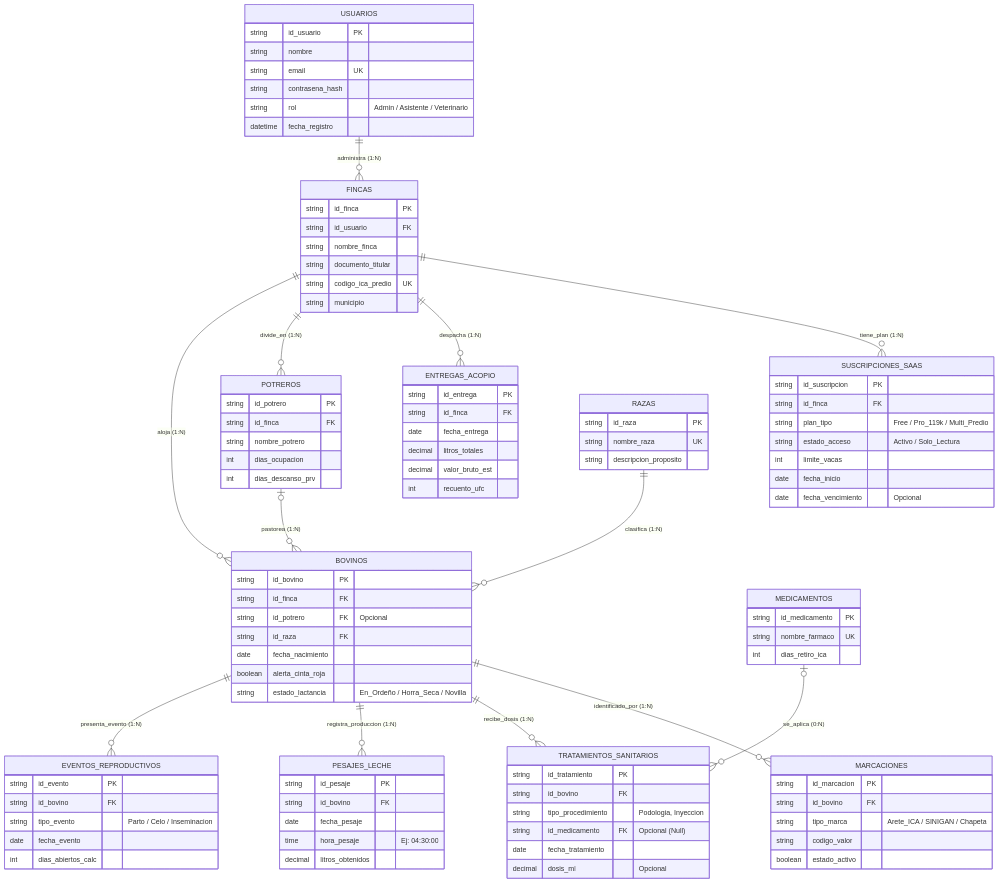
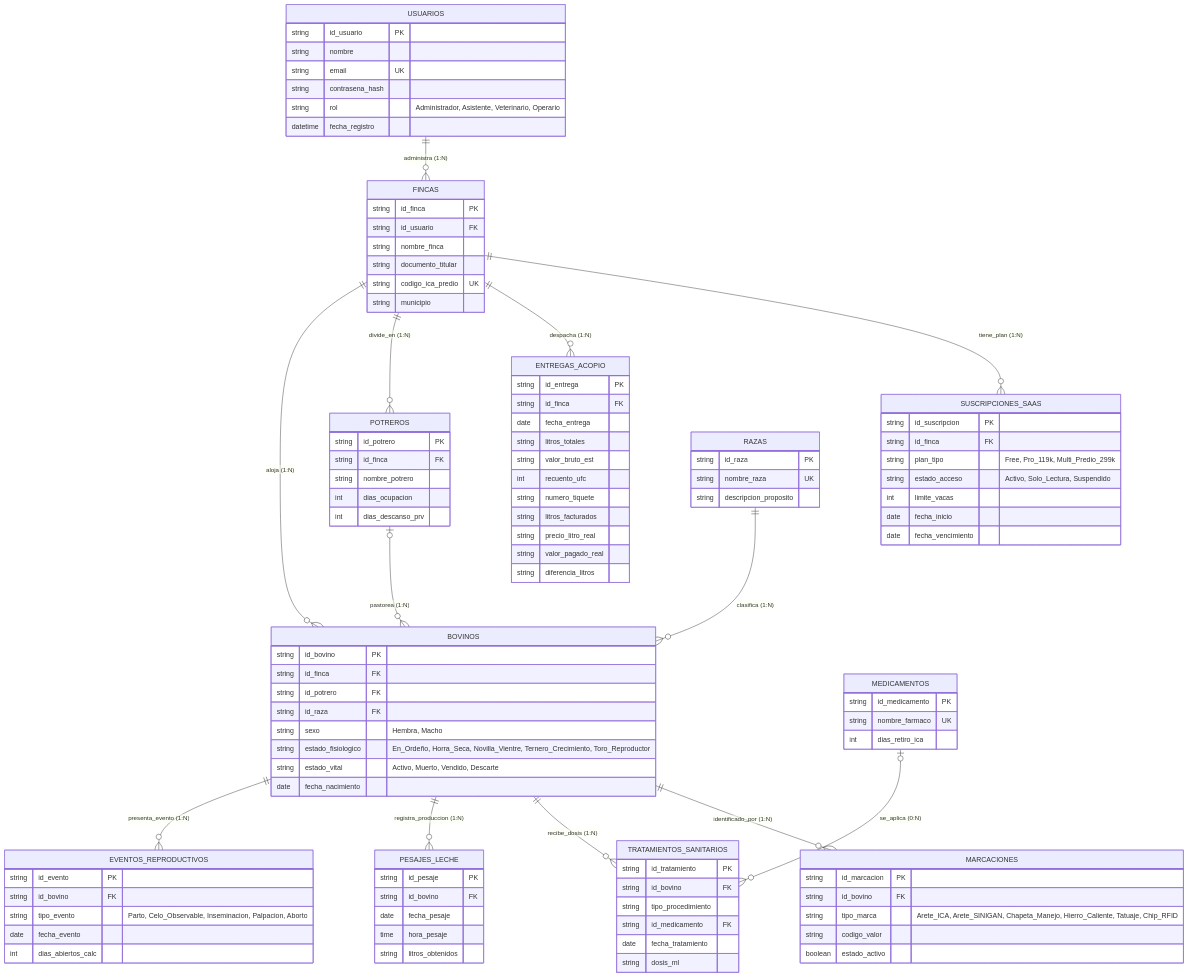
One commit to jeiserlabs/proganado changed the diagram in README.md. Above: the diagram before and after it, drawn with Mermaid. The commit also changed other lines of this file and 29 other files, not shown here.

```diff
--- a/README.md
+++ b/README.md
@@ -105,10 +105,8 @@
     FINCAS ||--o{ ENTREGAS_ACOPIO : "despacha (1:N)"
     FINCAS ||--o{ POTREROS : "divide_en (1:N)"
     FINCAS ||--o{ BOVINOS : "aloja (1:N)"
-    
     RAZAS ||--o{ BOVINOS : "clasifica (1:N)"
     POTREROS |o--o{ BOVINOS : "pastorea (1:N)"
-    
     BOVINOS ||--o{ MARCACIONES : "identificado_por (1:N)"
     BOVINOS ||--o{ TRATAMIENTOS_SANITARIOS : "recibe_dosis (1:N)"
     BOVINOS ||--o{ PESAJES_LECHE : "registra_produccion (1:N)"
@@ -120,10 +118,9 @@
         string nombre
         string email UK
         string contrasena_hash
-        string rol "Admin / Asistente / Veterinario"
+        string rol "Administrador, Asistente, Veterinario, Operario"
         datetime fecha_registro
     }
-
     FINCAS {
         string id_finca PK
         string id_usuario FK
@@ -132,26 +129,28 @@
         string codigo_ica_predio UK
         string municipio
     }
-
     SUSCRIPCIONES_SAAS {
         string id_suscripcion PK
         string id_finca FK
-        string plan_tipo "Free / Pro_119k / Multi_Predio"
-        string estado_acceso "Activo / Solo_Lectura"
+        string plan_tipo "Free, Pro_119k, Multi_Predio_299k"
+        string estado_acceso "Activo, Solo_Lectura, Suspendido"
         int limite_vacas
         date fecha_inicio
-        date fecha_vencimiento "Opcional"
+        date fecha_vencimiento
     }
-
     ENTREGAS_ACOPIO {
         string id_entrega PK
         string id_finca FK
         date fecha_entrega
-        decimal litros_totales
-        decimal valor_bruto_est
+        string litros_totales
+        string valor_bruto_est
         int recuento_ufc
+        string numero_tiquete
+        string litros_facturados
+        string precio_litro_real
+        string valor_pagado_real
+        string diferencia_litros
     }
-
     POTREROS {
         string id_potrero PK
         string id_finca FK
@@ -159,58 +158,52 @@
         int dias_ocupacion
         int dias_descanso_prv
     }
-
     RAZAS {
         string id_raza PK
         string nombre_raza UK
         string descripcion_proposito
     }
-
     BOVINOS {
         string id_bovino PK
         string id_finca FK
-        string id_potrero FK "Opcional"
+        string id_potrero FK
         string id_raza FK
+        string sexo "Hembra, Macho"
+        string estado_fisiologico "En_Ordeño, Horra_Seca, Novilla_Vientre, Ternero_Crecimiento, Toro_Reproductor"
+        string estado_vital "Activo, Muerto, Vendido, Descarte"
         date fecha_nacimiento
-        boolean alerta_cinta_roja
-        string estado_lactancia "En_Ordeño / Horra_Seca / Novilla"
     }
-
     MARCACIONES {
         string id_marcacion PK
         string id_bovino FK
-        string tipo_marca "Arete_ICA / SINIGAN / Chapeta"
+        string tipo_marca "Arete_ICA, Arete_SINIGAN, Chapeta_Manejo, Hierro_Caliente, Tatuaje, Chip_RFID"
         string codigo_valor
         boolean estado_activo
     }
-
     MEDICAMENTOS {
         string id_medicamento PK
         string nombre_farmaco UK
         int dias_retiro_ica
     }
-
     TRATAMIENTOS_SANITARIOS {
         string id_tratamiento PK
         string id_bovino FK
-        string tipo_procedimiento "Podologia, Inyeccion"
-        string id_medicamento FK "Opcional (Null)"
+        string tipo_procedimiento
+        string id_medicamento FK
         date fecha_tratamiento
-        decimal dosis_ml "Opcional"
+        string dosis_ml
     }
-
     PESAJES_LECHE {
         string id_pesaje PK
         string id_bovino FK
         date fecha_pesaje
-        time hora_pesaje "Ej: 04:30:00"
-        decimal litros_obtenidos
+        time hora_pesaje
+        string litros_obtenidos
     }
-
     EVENTOS_REPRODUCTIVOS {
         string id_evento PK
         string id_bovino FK
-        string tipo_evento "Parto / Celo / Inseminacion"
+        string tipo_evento "Parto, Celo_Observable, Inseminacion, Palpacion, Aborto"
         date fecha_evento
         int dias_abiertos_calc
     }
```
